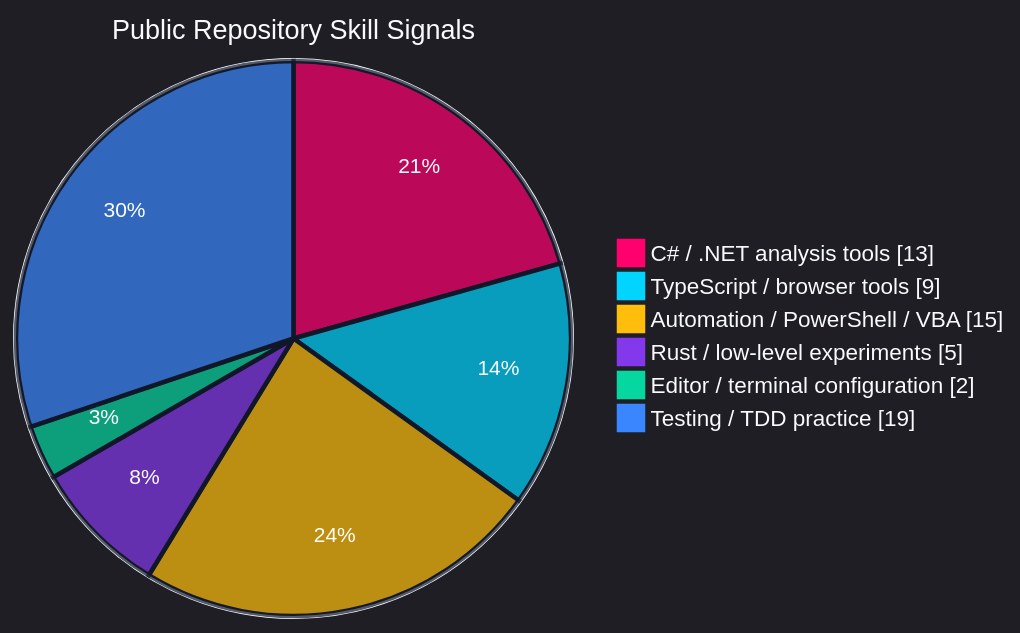
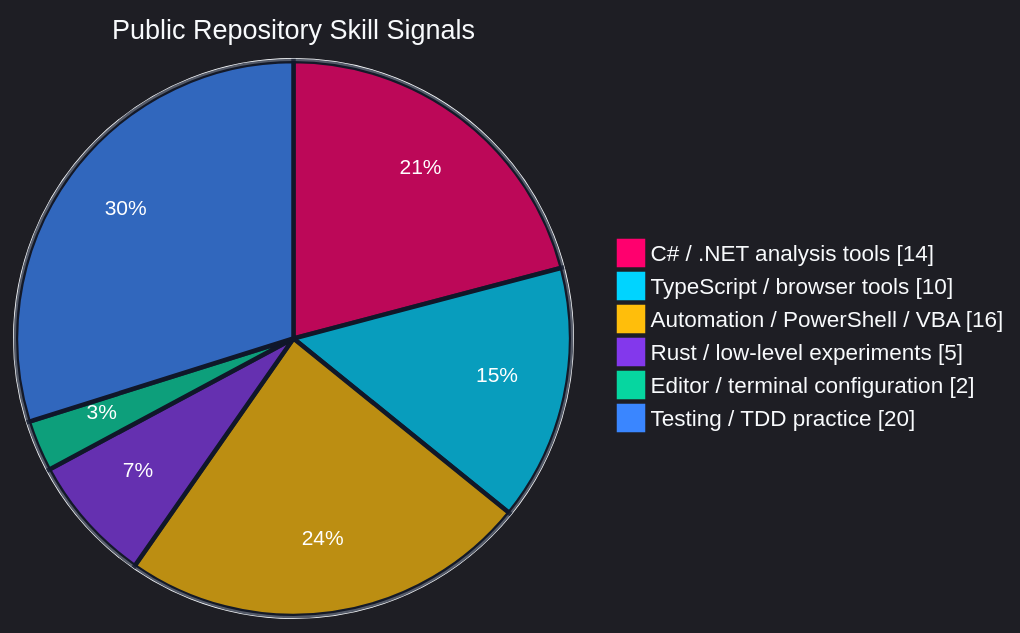
Before and after one commit to SSsan-00/SSsan-00: the first of 4 diagrams in README.md, drawn with Mermaid. The commit also changed other lines of this file and 2 other files, not shown here.

````diff
--- a/README.md
+++ b/README.md
@@ -44,11 +44,11 @@
 ```mermaid
 %%{init: {"theme":"dark","themeVariables":{"background":"#0f172a","mainBkg":"#0f172a","textColor":"#f8fafc","primaryTextColor":"#f8fafc","pieStrokeColor":"#0f172a","pieStrokeWidth":"3px","pieOuterStrokeColor":"#f8fafc","pieOuterStrokeWidth":"2px","pieTitleTextColor":"#f8fafc","pieTitleTextSize":"18px","pieLegendTextColor":"#f8fafc","pieLegendTextSize":"15px","pieSectionTextColor":"#ffffff","pieSectionTextSize":"14px","pie1":"#ff006e","pie2":"#00d4ff","pie3":"#ffbe0b","pie4":"#8338ec","pie5":"#06d6a0","pie6":"#3a86ff"}}}%%
 pie showData
   title Public Repository Skill Signals
-  "C# / .NET analysis tools" : 13
-  "TypeScript / browser tools" : 9
-  "Automation / PowerShell / VBA" : 15
+  "C# / .NET analysis tools" : 14
+  "TypeScript / browser tools" : 10
+  "Automation / PowerShell / VBA" : 16
   "Rust / low-level experiments" : 5
   "Editor / terminal configuration" : 2
-  "Testing / TDD practice" : 19
+  "Testing / TDD practice" : 20
 ```
````
